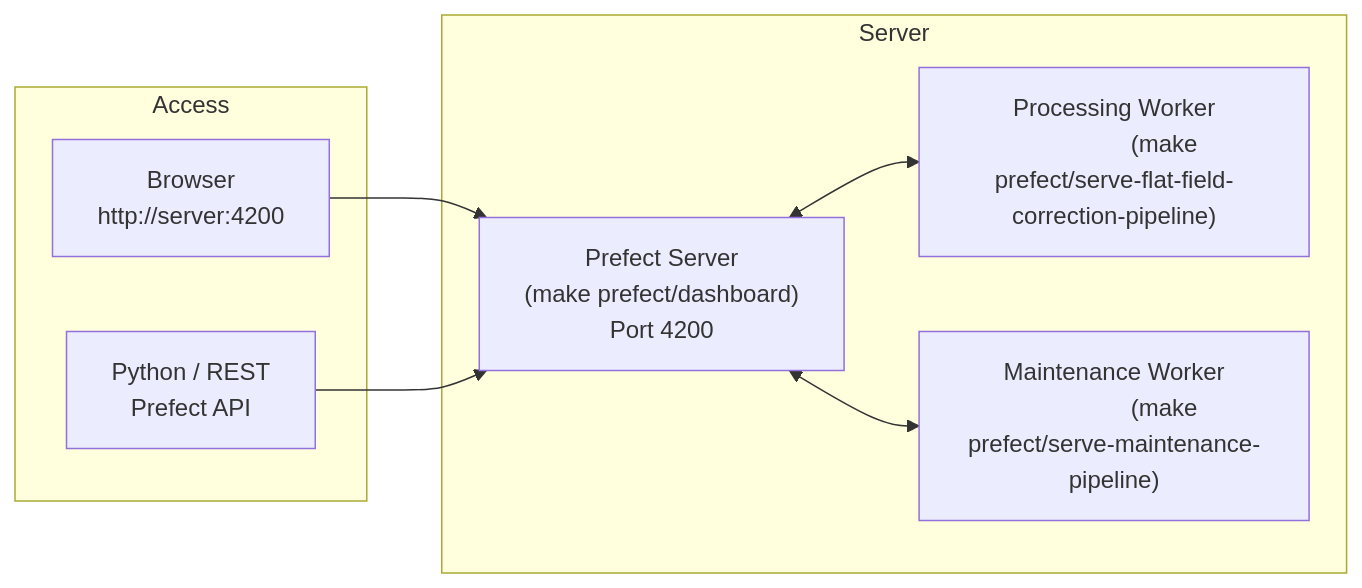
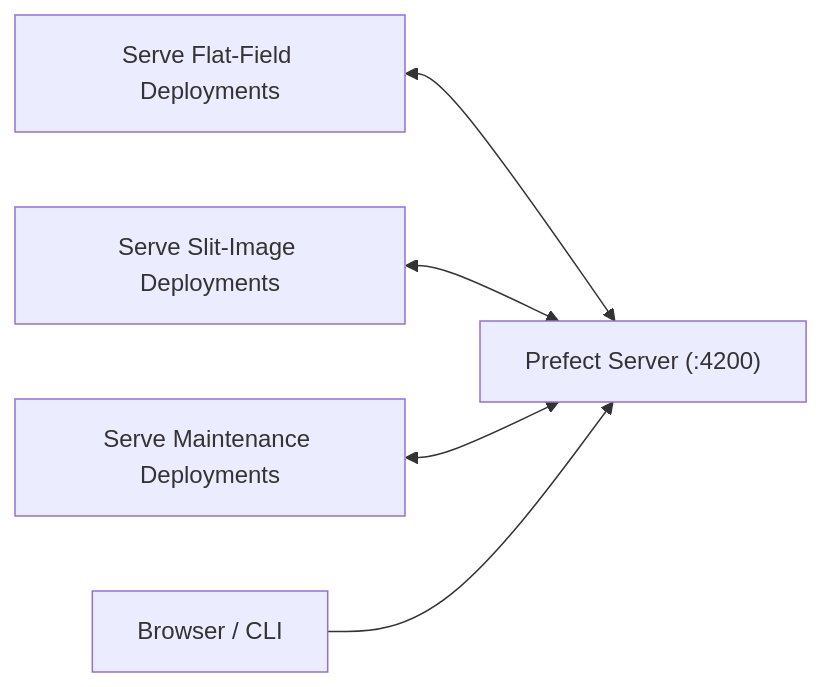
Before and after one commit to irsol-locarno/irsol-data-pipeline: the diagram in documentation/prefect-production.md, drawn with Mermaid. The commit also changed other lines of this file and 9 other files, not shown here.

````diff
--- a/documentation/prefect-production.md
+++ b/documentation/prefect-production.md
@@ -9,24 +7,13 @@
 ```mermaid
-graph LR
-    subgraph server["Server"]
-        PF["Prefect Server
-		(make prefect/dashboard)
-		Port 4200"]
-        WK1["Processing Worker
-		(make prefect/serve-flat-field-correction-pipeline)"]
-        WK2["Maintenance Worker
-		(make prefect/serve-maintenance-pipeline)"]
-    end
+flowchart LR
+    S["Prefect Server (:4200)"]
+    W1["Serve Flat-Field Deployments"]
+    W2["Serve Slit-Image Deployments"]
+    W3["Serve Maintenance Deployments"]
+    UI["Browser / CLI"]
 
-    subgraph clients["Access"]
-        UI["Browser
-		http://server:4200"]
-        API["Python / REST
-		Prefect API"]
-    end
-
-    PF <--> WK1
-    PF <--> WK2
-    UI --> PF
-    API --> PF
+    W1 <--> S
+    W2 <--> S
+    W3 <--> S
+    UI --> S
 ```
````
